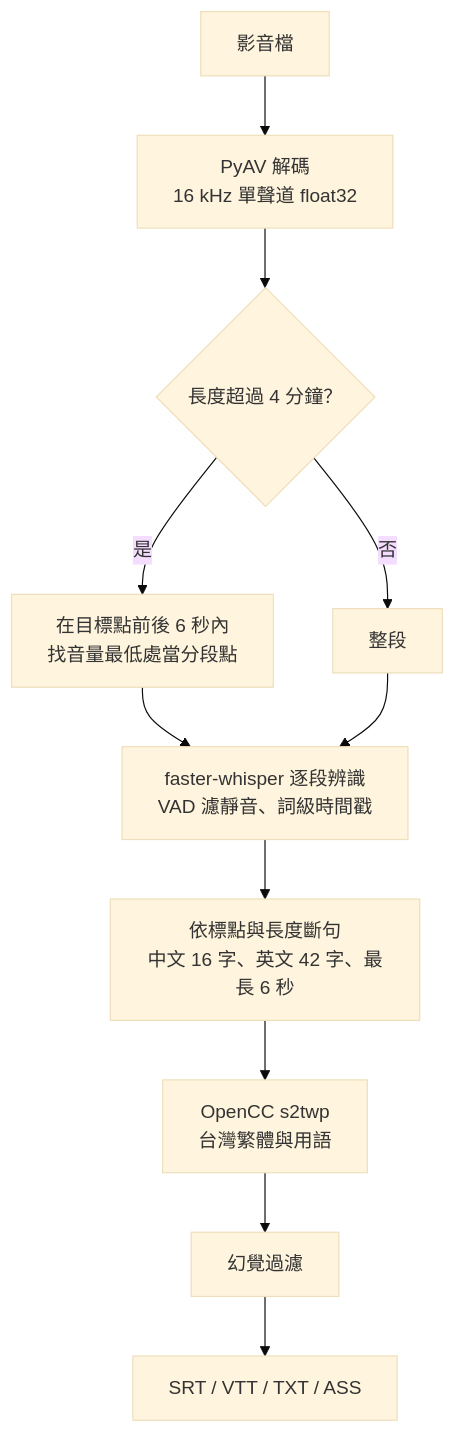
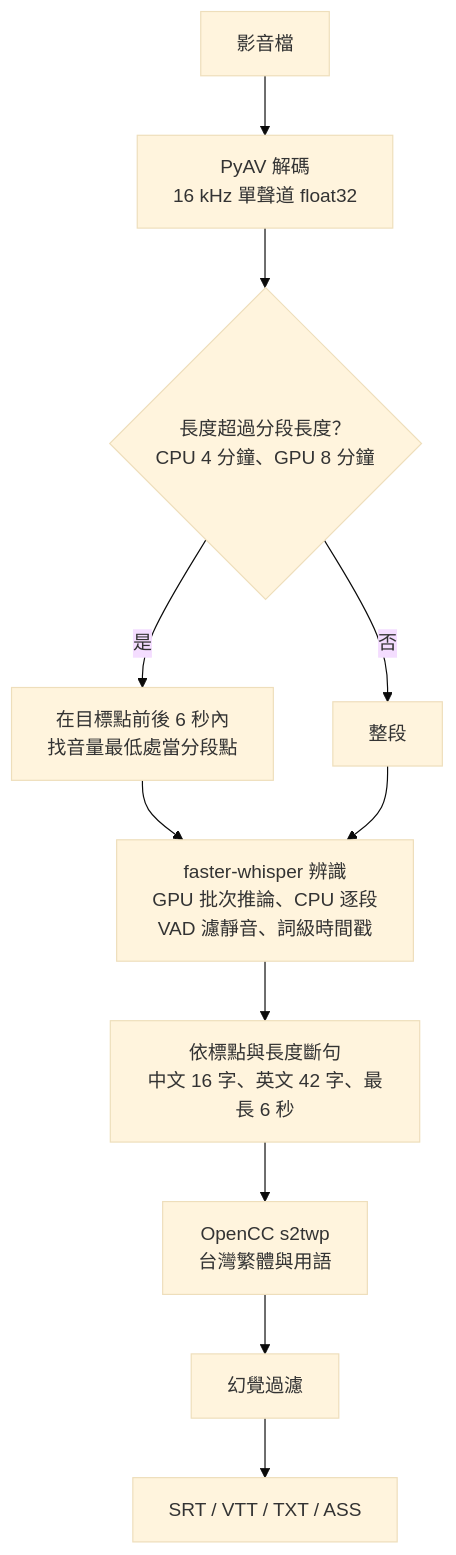
The second of 2 diagrams in README.md (alextixu/AutoSubtitle), drawn with Mermaid (base theme) before and after one commit. The commit also changed other lines of this file and 9 other files, not shown here.

First line of the commit message:
英文介面：依系統語言自動選擇，可在「關於」切換；README 與 ROADMAP 更新

````diff
--- a/README.md
+++ b/README.md
@@ -186,13 +191,13 @@
 ```mermaid
 flowchart TD
   A["影音檔"] --> B["PyAV 解碼<br>16 kHz 單聲道 float32"]
-  B --> C{"長度超過 4 分鐘？"}
+  B --> C{"長度超過分段長度？<br>CPU 4 分鐘、GPU 8 分鐘"}
   C -- 是 --> D["在目標點前後 6 秒內<br>找音量最低處當分段點"]
   C -- 否 --> E["整段"]
-  D --> F["faster-whisper 逐段辨識<br>VAD 濾靜音、詞級時間戳"]
+  D --> F["faster-whisper 辨識<br>GPU 批次推論、CPU 逐段<br>VAD 濾靜音、詞級時間戳"]
   E --> F
   F --> G["依標點與長度斷句<br>中文 16 字、英文 42 字、最長 6 秒"]
   G --> H["OpenCC s2twp<br>台灣繁體與用語"]
   H --> I["幻覺過濾"]
   I --> J["SRT / VTT / TXT / ASS"]
 ```
````
